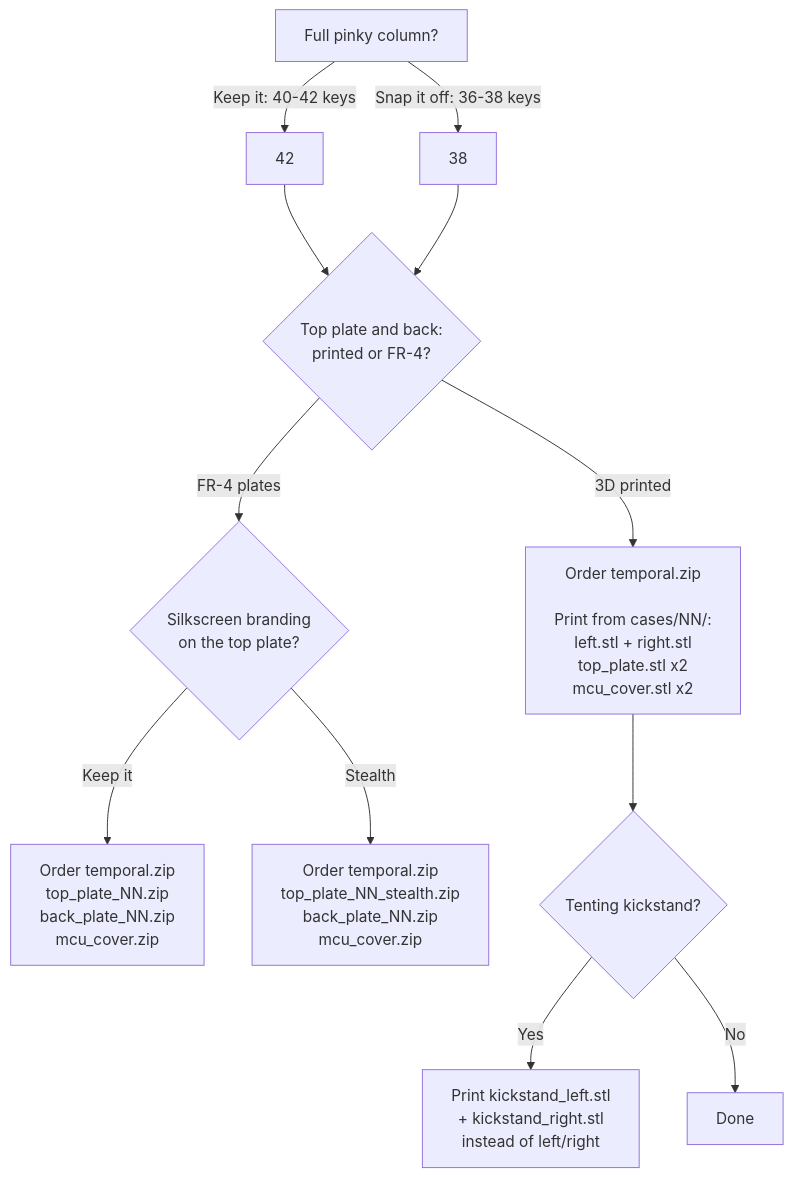
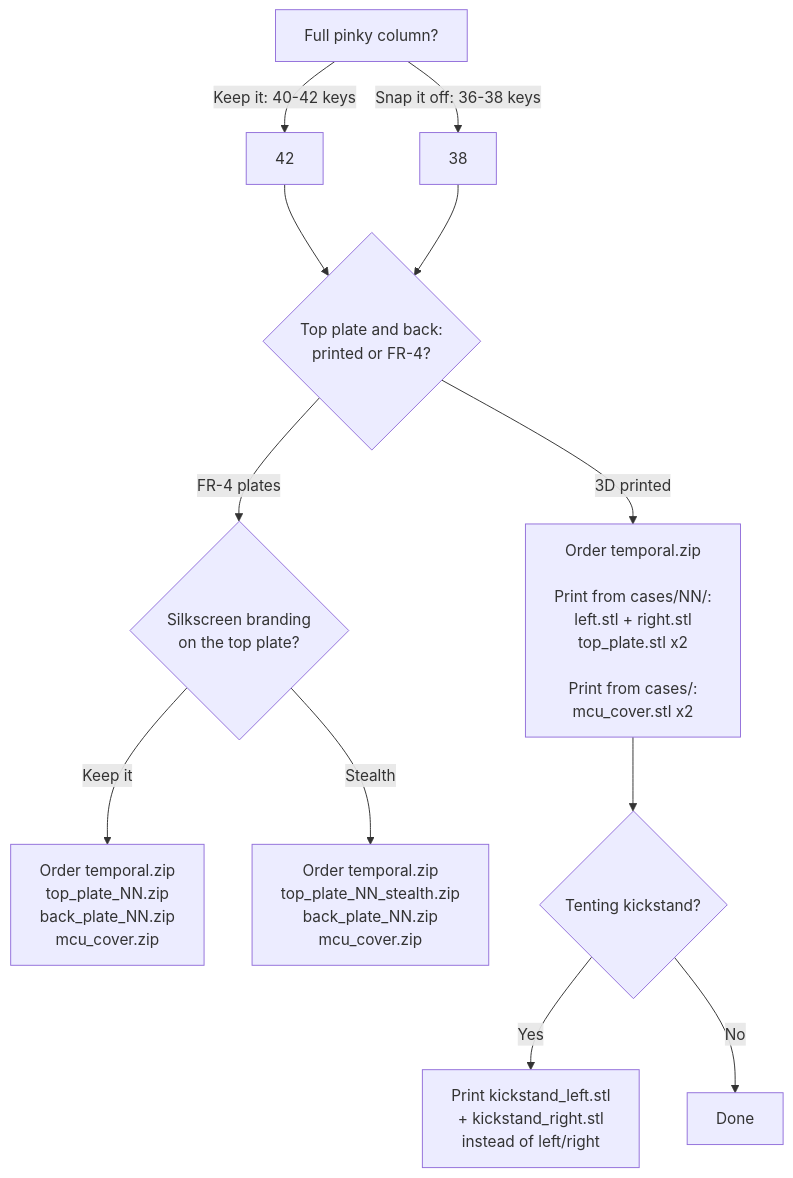
Before and after one commit to curbol/temporal: the diagram in docs/build-guide.md, drawn with Mermaid.

Commit message:
Point the build guide at cases/ for the MCU cover
The flowchart listed mcu_cover.stl under cases/NN/, but convert_jscad
matches neither of its variant patterns for that name, so it lands at the
top of cases/. docs/bom.md and cases/README.md both had it right.

Claude-Session: https://claude.ai/code/session_012nHFSP7xyYogVPyRfCNgSY

````diff
--- a/docs/build-guide.md
+++ b/docs/build-guide.md
@@ -16,14 +16,14 @@
 ```mermaid
 flowchart TD
     A["Full pinky column?"] -->|"Keep it: 40-42 keys"| B42["42"]
     A -->|"Snap it off: 36-38 keys"| B38["38"]
     B42 --> C{"Top plate and back:<br/>printed or FR-4?"}
     B38 --> C
-    C -->|"3D printed"| P["Order temporal.zip<br/><br/>Print from cases/NN/:<br/>left.stl + right.stl<br/>top_plate.stl x2<br/>mcu_cover.stl x2"]
+    C -->|"3D printed"| P["Order temporal.zip<br/><br/>Print from cases/NN/:<br/>left.stl + right.stl<br/>top_plate.stl x2<br/><br/>Print from cases/:<br/>mcu_cover.stl x2"]
     C -->|"FR-4 plates"| F{"Silkscreen branding<br/>on the top plate?"}
     F -->|"Keep it"| F1["Order temporal.zip<br/>top_plate_NN.zip<br/>back_plate_NN.zip<br/>mcu_cover.zip"]
     F -->|"Stealth"| F2["Order temporal.zip<br/>top_plate_NN_stealth.zip<br/>back_plate_NN.zip<br/>mcu_cover.zip"]
     P --> K{"Tenting kickstand?"}
     K -->|"Yes"| K1["Print kickstand_left.stl<br/>+ kickstand_right.stl<br/>instead of left/right"]
     K -->|"No"| K2["Done"]
 ```
````
